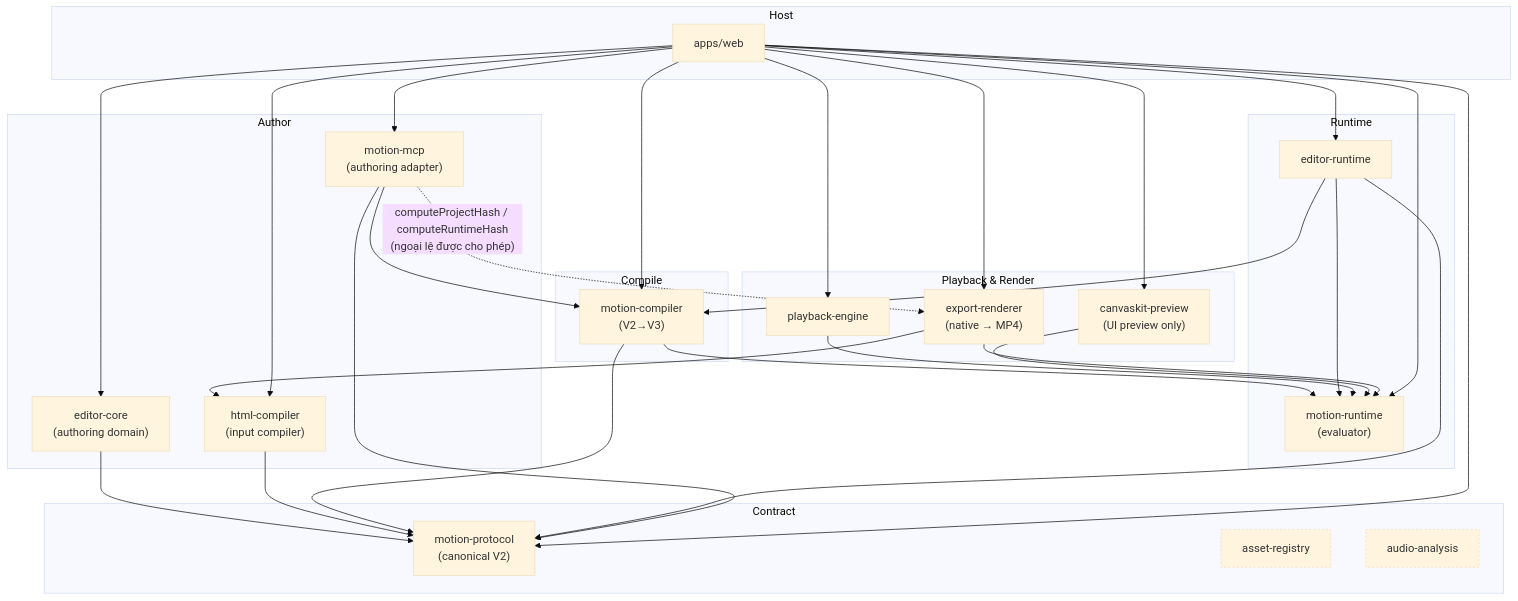
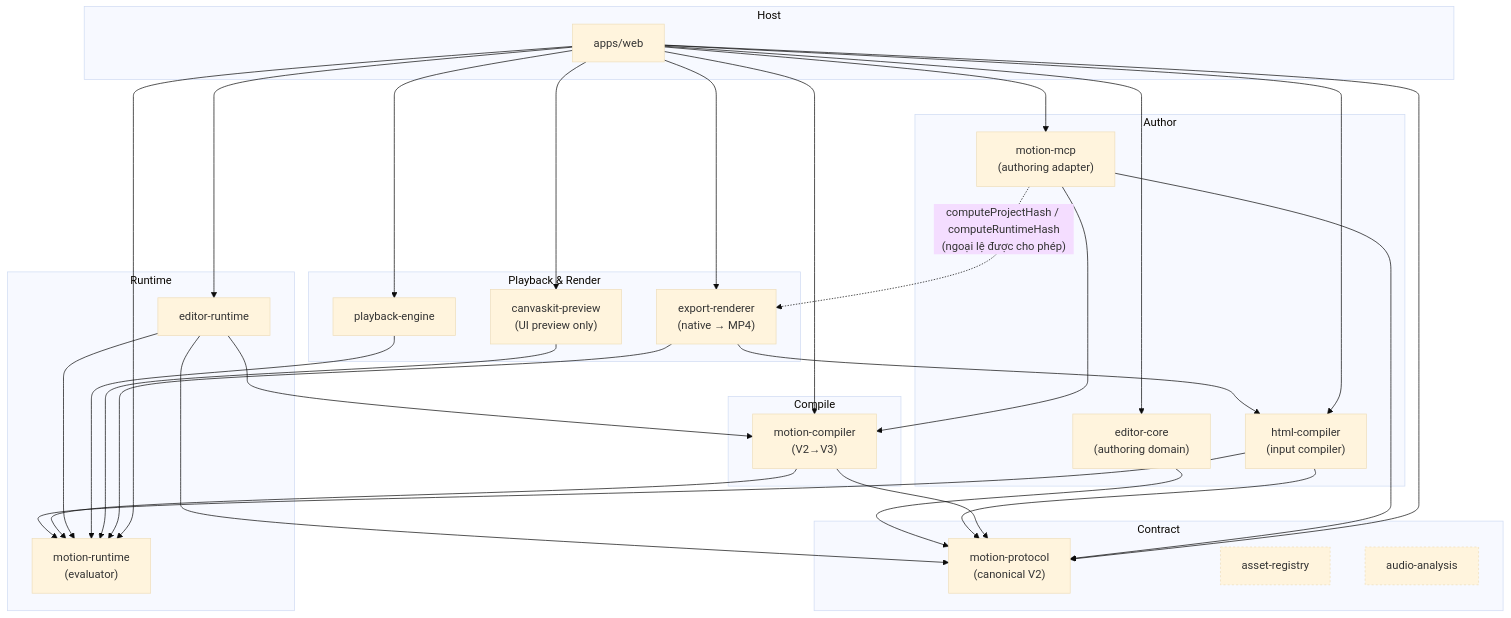
The diagram in ARCHITECHTURE.md (mankhb2k/neonix-native), drawn with Mermaid (base theme) before and after one commit. The commit also changed other lines of this file and 8 other files, not shown here.

````diff
--- a/ARCHITECHTURE.md
+++ b/ARCHITECHTURE.md
@@ -256,63 +256,64 @@
 ```mermaid
 flowchart TD
     subgraph AUTHOR["Author"]
         editor-core["editor-core<br/>(authoring domain)"]
         html-compiler["html-compiler<br/>(input compiler)"]
         motion-mcp["motion-mcp<br/>(authoring adapter)"]
     end
 
     subgraph CONTRACT["Contract"]
         motion-protocol["motion-protocol<br/>(canonical V2)"]
         asset-registry["asset-registry"]
         audio-analysis["audio-analysis"]
     end
 
     subgraph COMPILE["Compile"]
         motion-compiler["motion-compiler<br/>(V2→V3)"]
     end
 
     subgraph RUNTIME["Runtime"]
         motion-runtime["motion-runtime<br/>(evaluator)"]
         editor-runtime["editor-runtime"]
     end
 
     subgraph RENDER["Playback & Render"]
         playback-engine["playback-engine"]
         canvaskit-preview["canvaskit-preview<br/>(UI preview only)"]
         export-renderer["export-renderer<br/>(native → MP4)"]
     end
 
     subgraph APP["Host"]
         web["apps/web"]
     end
 
     editor-core --> motion-protocol
     html-compiler --> motion-protocol
+    html-compiler --> motion-runtime
     motion-compiler --> motion-protocol
     motion-compiler --> motion-runtime
     editor-runtime --> motion-compiler
     editor-runtime --> motion-protocol
     editor-runtime --> motion-runtime
     playback-engine --> motion-runtime
     canvaskit-preview --> motion-runtime
     export-renderer --> motion-runtime
     export-renderer --> html-compiler
     motion-mcp --> motion-compiler
     motion-mcp --> motion-protocol
 
     web --> editor-core
     web --> editor-runtime
     web --> html-compiler
     web --> motion-compiler
     web --> motion-mcp
     web --> motion-protocol
     web --> motion-runtime
     web --> playback-engine
     web --> canvaskit-preview
     web --> export-renderer
 
     motion-mcp -. "computeProjectHash / computeRuntimeHash<br/>(ngoại lệ được cho phép)" .-> export-renderer
 
     classDef unused stroke-dasharray: 3 3;
     class asset-registry,audio-analysis unused;
 ```
````
